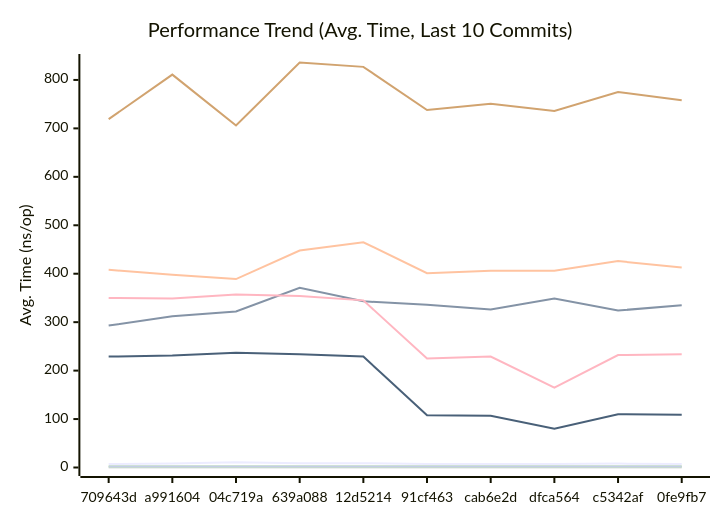
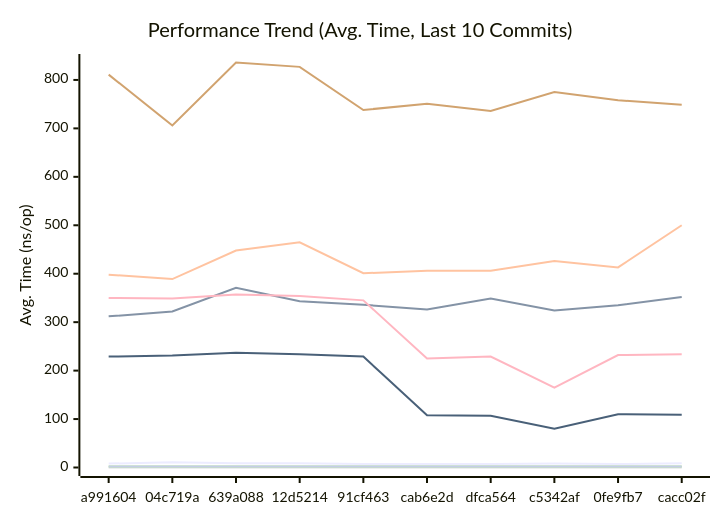
Before and after one commit to alsotoes/momo: the first of 3 diagrams in docs/PERFORMANCE.md, drawn with Mermaid. The commit also changed other lines of this file and 3 other files, not shown here.

````diff
--- a/docs/PERFORMANCE.md
+++ b/docs/PERFORMANCE.md
@@ -80,16 +80,16 @@
 ```mermaid
 xychart-beta
     title "Performance Trend (Avg. Time, Last 10 Commits)"
     x-axis "Commit"
     y-axis "Avg. Time (ns/op)"
-    x-axis [709643d,a991604,04c719a,639a088,12d5214,91cf463,cab6e2d,dfca564,c5342af,0fe9fb7]
-    line "CheckMetricsAndSwap" [7,8,11,9,9,7,7,7,8,7]
-    line "CrushOptimized" [293,312,322,371,343,336,326,349,324,335]
-    line "CrushOriginal" [408,398,389,448,465,401,406,406,426,413]
+    x-axis [a991604,04c719a,639a088,12d5214,91cf463,cab6e2d,dfca564,c5342af,0fe9fb7,cacc02f]
+    line "CheckMetricsAndSwap" [8,11,9,9,7,7,7,8,7,9]
+    line "CrushOptimized" [312,322,371,343,336,326,349,324,335,352]
+    line "CrushOriginal" [398,389,448,465,401,406,406,426,413,500]
     line "IndexDirectTracking" [0,0,0,0,0,0,0,0,0,0]
     line "IndexSearch" [2,2,2,2,2,2,2,2,2,2]
-    line "LoadGlobalConfig" [719,811,706,836,827,738,751,736,775,758]
+    line "LoadGlobalConfig" [811,706,836,827,738,751,736,775,758,749]
     line "PadString" [2,2,2,2,2,2,2,2,2,2]
     line "ParseReplicationOrder_NoPrealloc" [350,349,357,354,345,225,229,165,232,234]
     line "ParseReplicationOrder_Prealloc" [229,231,237,234,229,108,107,80,110,109]
 ```
````
